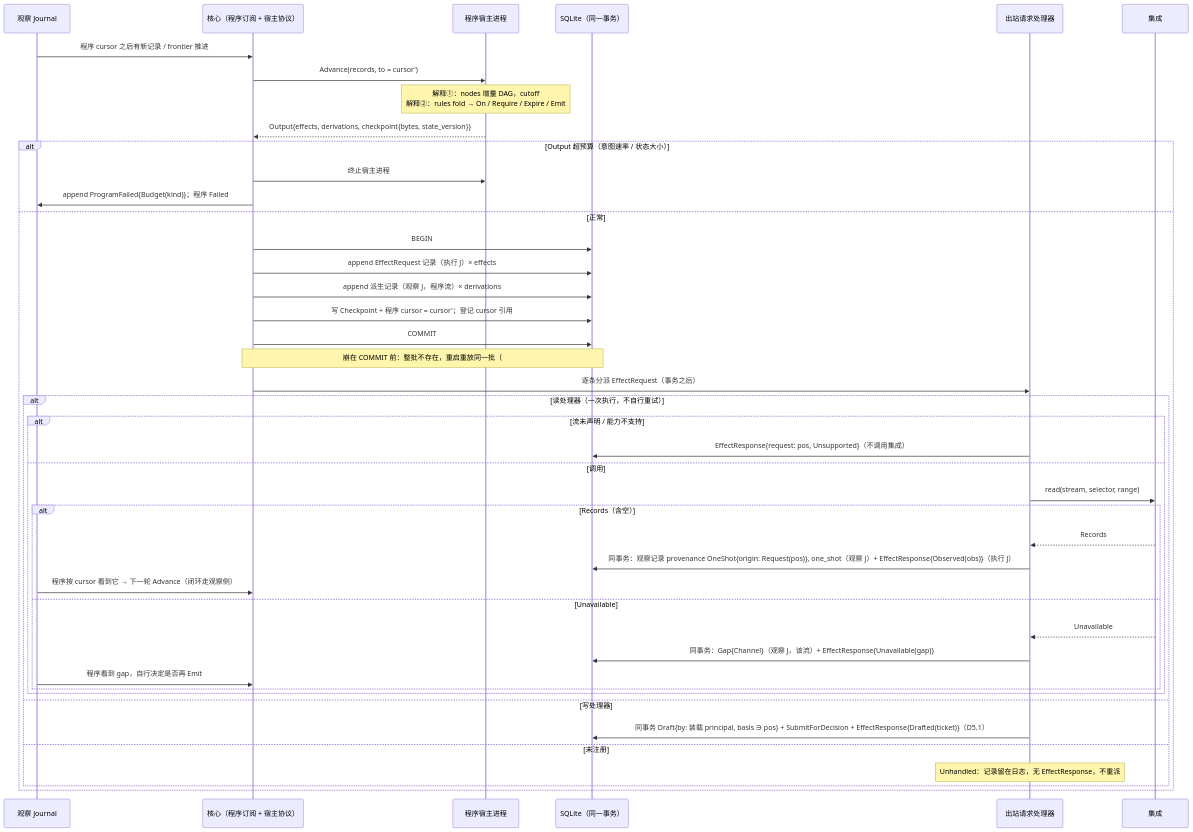
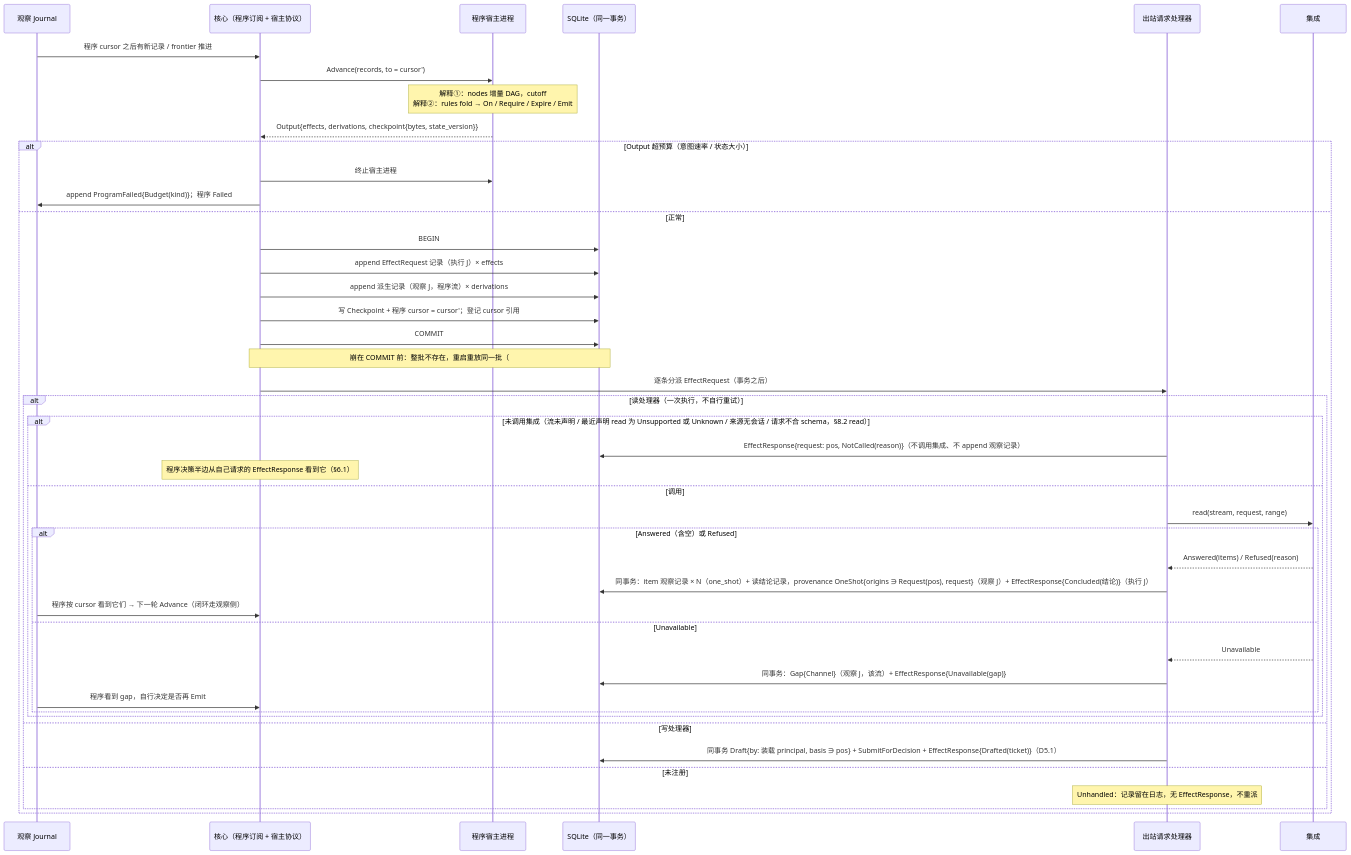
Before and after one commit to mouriya-s-lab/uta: the first of 3 diagrams in design/diagrams/04-program-host.md, drawn with Mermaid. The commit also changed other lines of this file and 13 other files, not shown here.

````diff
--- a/design/diagrams/04-program-host.md
+++ b/design/diagrams/04-program-host.md
@@ -9,45 +9,46 @@
 ```mermaid
 sequenceDiagram
   participant J as 观察 Journal
   participant C as 核心（程序订阅 + 宿主协议）
   participant H as 程序宿主进程
   participant DB as SQLite（同一事务）
   participant O as 出站请求处理器
   participant I as 集成
   J->>C: 程序 cursor 之后有新记录 / frontier 推进
   C->>H: Advance(records, to = cursor')
   Note over H: 解释①：nodes 增量 DAG，cutoff<br/>解释②：rules fold → On / Require / Expire / Emit
   H-->>C: Output{effects, derivations, checkpoint{bytes, state_version}}
   alt Output 超预算（意图速率 / 状态大小）
     C->>H: 终止宿主进程
     C->>J: append ProgramFailed{Budget(kind)}；程序 Failed
   else 正常
     C->>DB: BEGIN
     C->>DB: append EffectRequest 记录（执行 J）× effects
     C->>DB: append 派生记录（观察 J，程序流）× derivations
     C->>DB: 写 Checkpoint + 程序 cursor = cursor'；登记 cursor 引用
     C->>DB: COMMIT
     Note over C,DB: 崩在 COMMIT 前：整批不存在，重启重放同一批（#16）
     C->>O: 逐条分派 EffectRequest（事务之后）
     alt 读处理器（一次执行，不自行重试）
-      alt 流未声明 / 能力不支持
-        O->>DB: EffectResponse{request: pos, Unsupported}（不调用集成）
+      alt 未调用集成（流未声明 / 最近声明 read 为 Unsupported 或 Unknown / 来源无会话 / 请求不合 schema，§8.2 read）
+        O->>DB: EffectResponse{request: pos, NotCalled(reason)}（不调用集成、不 append 观察记录）
+        Note over C: 程序决策半边从自己请求的 EffectResponse 看到它（§6.1）
       else 调用
-        O->>I: read(stream, selector, range)
-        alt Records（含空）
-          I-->>O: Records
-          O->>DB: 同事务：观察记录 provenance OneShot{origin: Request(pos)}, one_shot（观察 J）+ EffectResponse{Observed(obs)}（执行 J）
-          J->>C: 程序按 cursor 看到它 → 下一轮 Advance（闭环走观察侧）
+        O->>I: read(stream, request, range)
+        alt Answered（含空）或 Refused
+          I-->>O: Answered(items) / Refused(reason)
+          O->>DB: 同事务：item 观察记录 × N（one_shot）+ 读结论记录，provenance OneShot{origins ∋ Request(pos), request}（观察 J）+ EffectResponse{Concluded(结论)}（执行 J）
+          J->>C: 程序按 cursor 看到它们 → 下一轮 Advance（闭环走观察侧）
         else Unavailable
           I-->>O: Unavailable
           O->>DB: 同事务：Gap{Channel}（观察 J，该流）+ EffectResponse{Unavailable(gap)}
           J->>C: 程序看到 gap，自行决定是否再 Emit
         end
       end
     else 写处理器
       O->>DB: 同事务 Draft{by: 装载 principal, basis ∋ pos} + SubmitForDecision + EffectResponse{Drafted(ticket)}（D5.1）
     else 未注册
       Note over O: Unhandled：记录留在日志，无 EffectResponse，不重派
     end
   end
 ```
````
